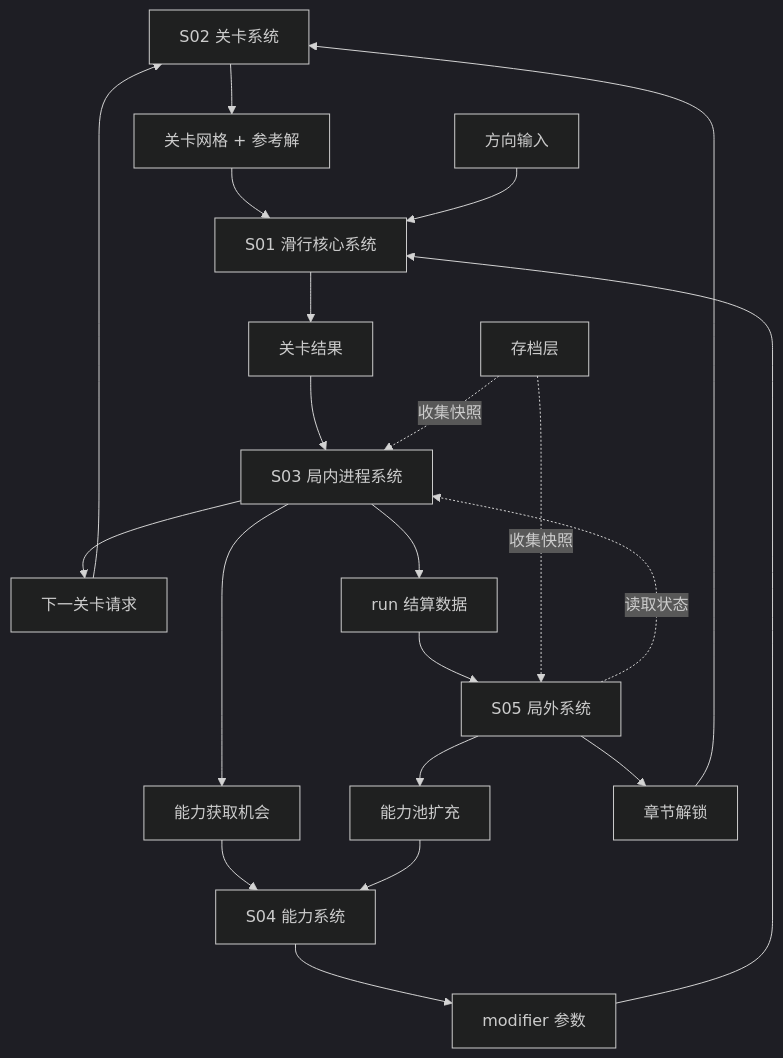
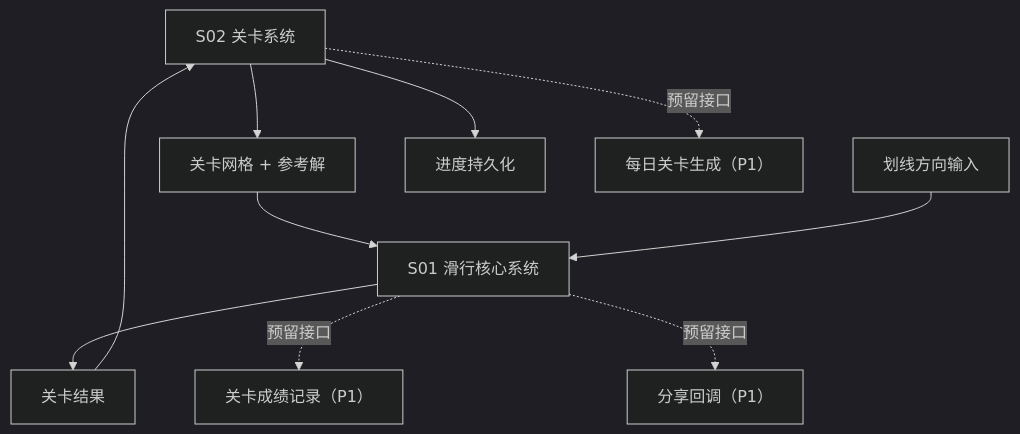
One commit to orsonHuang/ai_test changed the second of 3 diagrams in #PROJECT/longcat/GDD/02_architecture/design.md. Above: the diagram before and after it, drawn with Mermaid (dark theme). The commit also changed other lines of this file and 15 other files, not shown here.

````diff
--- a/#PROJECT/longcat/GDD/02_architecture/design.md
+++ b/#PROJECT/longcat/GDD/02_architecture/design.md
@@ -83,32 +68,16 @@
 ```mermaid
 flowchart TD
   Level["S02 关卡系统"] --> Grid["关卡网格 + 参考解"]
   Grid --> Core["S01 滑行核心系统"]
 
-  Ability["S04 能力系统"] --> Mod["modifier 参数"]
-  Mod --> Core
-
-  Input["方向输入"] --> Core
+  Input["划线方向输入"] --> Core
 
   Core --> Result["关卡结果"]
-  Result --> Run["S03 局内进程系统"]
+  Result --> Level
 
-  Run --> Chance["能力获取机会"]
-  Chance --> Ability
+  Level --> Progress["进度持久化"]
 
-  Run --> Next["下一关卡请求"]
-  Next --> Level
-
-  Run --> Settle["run 结算数据"]
-  Settle --> Meta["S05 局外系统"]
-
-  Meta --> Unlock["能力池扩充"]
-  Unlock --> Ability
-
-  Meta --> Chapter["章节解锁"]
-  Chapter --> Level
-
-  Meta -.读取状态.-> Run
-  Save["存档层"] -.收集快照.-> Run
-  Save -.收集快照.-> Meta
+  Core -.预留接口.-> Score["关卡成绩记录（P1）"]
+  Core -.预留接口.-> Share["分享回调（P1）"]
+  Level -.预留接口.-> Daily["每日关卡生成（P1）"]
 ```
````
